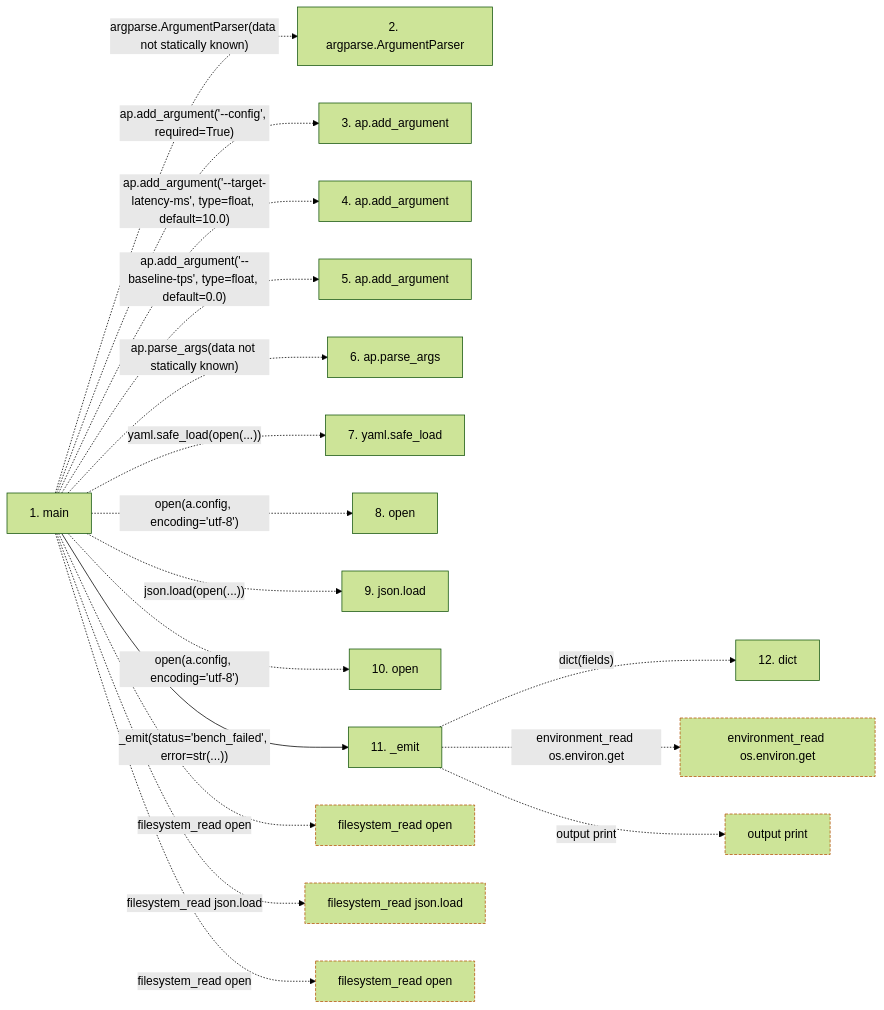
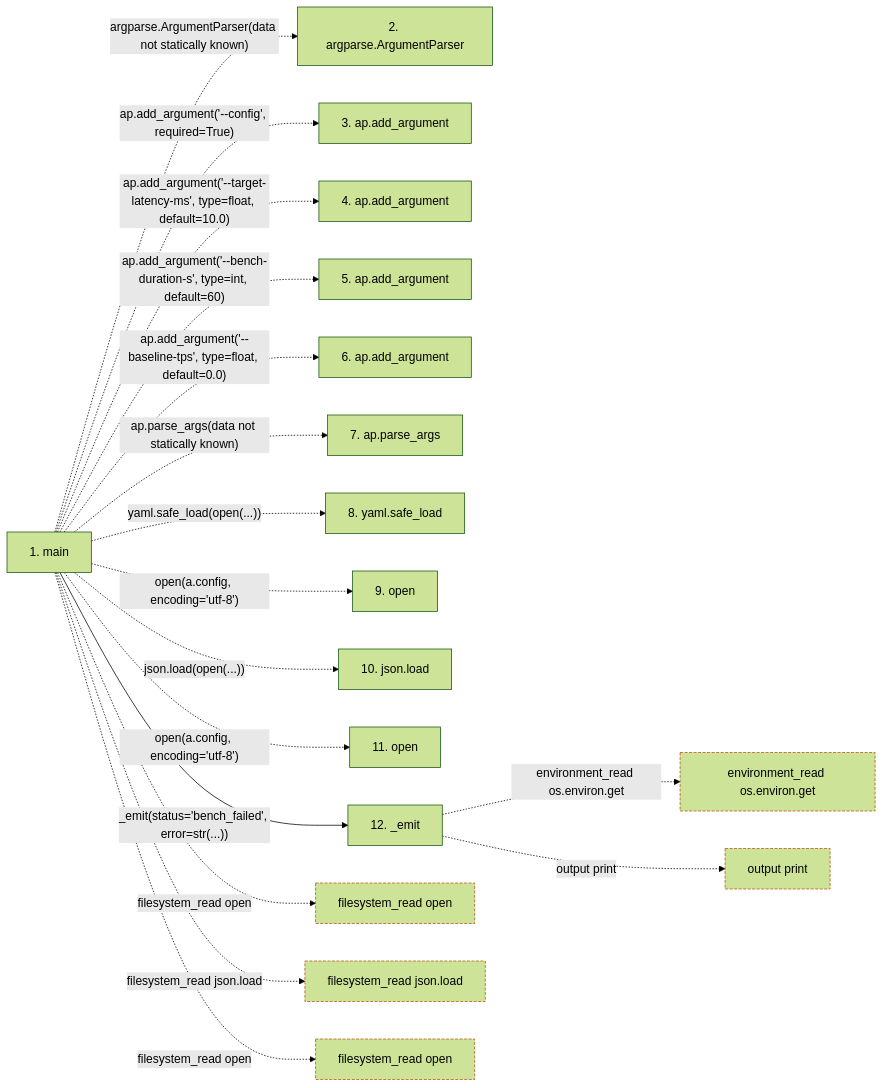
Before and after one commit to Denissvgn/autoresearch-agent: the second of 2 diagrams in docs/llm_wiki/flows/process-run-run-2.md, drawn with Mermaid (forest theme). The commit also changed other lines of this file and 38 other files, not shown here.

````diff
--- a/docs/llm_wiki/flows/process-run-run-2.md
+++ b/docs/llm_wiki/flows/process-run-run-2.md
@@ -82,44 +82,44 @@
 ```mermaid
 flowchart LR
     s1["1. main"]
     s2["2. argparse.ArgumentParser"]
     s3["3. ap.add_argument"]
     s4["4. ap.add_argument"]
     s5["5. ap.add_argument"]
-    s6["6. ap.parse_args"]
-    s7["7. yaml.safe_load"]
-    s8["8. open"]
-    s9["9. json.load"]
-    s10["10. open"]
-    s11["11. _emit"]
-    s12["12. dict"]
+    s6["6. ap.add_argument"]
+    s7["7. ap.parse_args"]
+    s8["8. yaml.safe_load"]
+    s9["9. open"]
+    s10["10. json.load"]
+    s11["11. open"]
+    s12["12. _emit"]
     s1 -. "argparse.ArgumentParser(data not statically known)" .-> s2
     s1 -. "ap.add_argument('--config', required=True)" .-> s3
     s1 -. "ap.add_argument('--target-latency-ms', type=float, default=10.0)" .-> s4
-    s1 -. "ap.add_argument('--baseline-tps', type=float, default=0.0)" .-> s5
-    s1 -. "ap.parse_args(data not statically known)" .-> s6
-    s1 -. "yaml.safe_load(open(...))" .-> s7
-    s1 -. "open(a.config, encoding='utf-8')" .-> s8
-    s1 -. "json.load(open(...))" .-> s9
-    s1 -. "open(a.config, encoding='utf-8')" .-> s10
-    s1 -->|"_emit(status='bench_failed', error=str(...))"| s11
-    s11 -. "dict(fields)" .-> s12
+    s1 -. "ap.add_argument('--bench-duration-s', type=int, default=60)" .-> s5
+    s1 -. "ap.add_argument('--baseline-tps', type=float, default=0.0)" .-> s6
+    s1 -. "ap.parse_args(data not statically known)" .-> s7
+    s1 -. "yaml.safe_load(open(...))" .-> s8
+    s1 -. "open(a.config, encoding='utf-8')" .-> s9
+    s1 -. "json.load(open(...))" .-> s10
+    s1 -. "open(a.config, encoding='utf-8')" .-> s11
+    s1 -->|"_emit(status='bench_failed', error=str(...))"| s12
     b0["filesystem_read open"]
     s1 -. "filesystem_read open" .-> b0
     b1["filesystem_read json.load"]
     s1 -. "filesystem_read json.load" .-> b1
     b2["filesystem_read open"]
     s1 -. "filesystem_read open" .-> b2
     b3["environment_read os.environ.get"]
-    s11 -. "environment_read os.environ.get" .-> b3
+    s12 -. "environment_read os.environ.get" .-> b3
     b4["output print"]
-    s11 -. "output print" .-> b4
+    s12 -. "output print" .-> b4
     click s1 "../modules/db-config-tuning_eval_run.md"
-    click s11 "../modules/db-config-tuning_eval_run.md"
+    click s12 "../modules/db-config-tuning_eval_run.md"
     classDef boundary stroke:#b45309,stroke-dasharray: 4 2
     class b0 boundary
     class b1 boundary
     class b2 boundary
     class b3 boundary
     class b4 boundary
 ```
````
